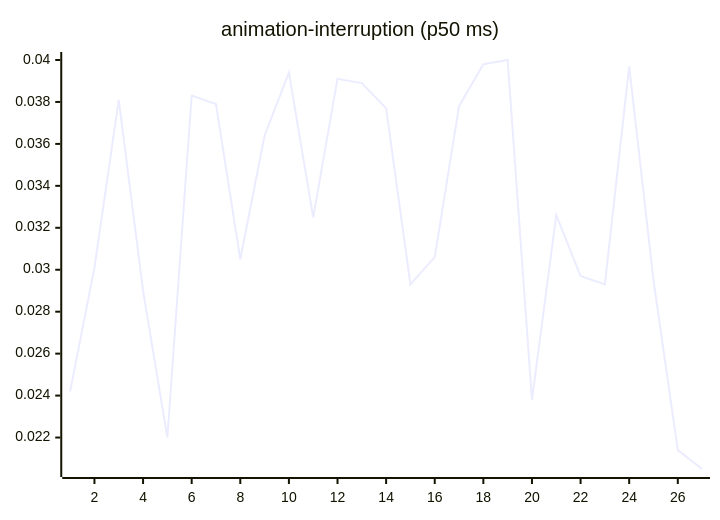
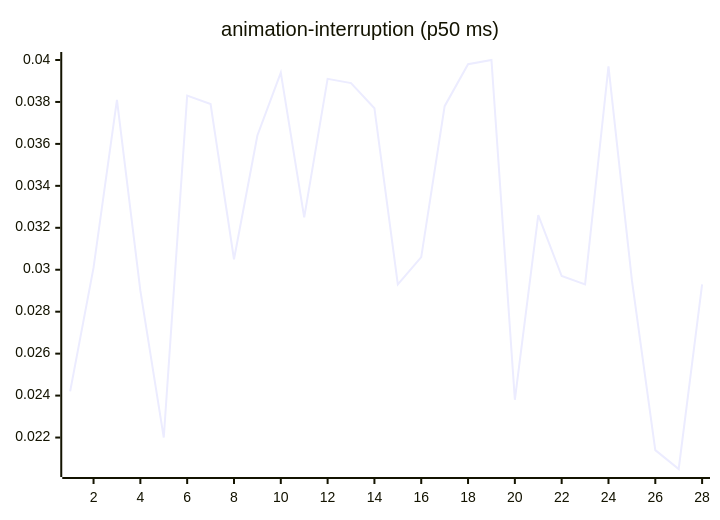
Before and after one commit to josha/Facet: the third of 27 diagrams in README.md, drawn with Mermaid. The commit also changed other lines of this file and 2 other files, not shown here.

````diff
--- a/README.md
+++ b/README.md
@@ -77,6 +77,6 @@
 ```mermaid
 xychart-beta
     title "animation-interruption (p50 ms)"
-    x-axis 1 --> 27
-    line [0.0242, 0.0301, 0.0381, 0.0290, 0.0220, 0.0383, 0.0379, 0.0305, 0.0364, 0.0394, 0.0325, 0.0391, 0.0389, 0.0377, 0.0293, 0.0306, 0.0378, 0.0398, 0.0400, 0.0238, 0.0326, 0.0297, 0.0293, 0.0397, 0.0295, 0.0214, 0.0205]
+    x-axis 1 --> 28
+    line [0.0242, 0.0301, 0.0381, 0.0290, 0.0220, 0.0383, 0.0379, 0.0305, 0.0364, 0.0394, 0.0325, 0.0391, 0.0389, 0.0377, 0.0293, 0.0306, 0.0378, 0.0398, 0.0400, 0.0238, 0.0326, 0.0297, 0.0293, 0.0397, 0.0295, 0.0214, 0.0205, 0.0293]
 ```
````
